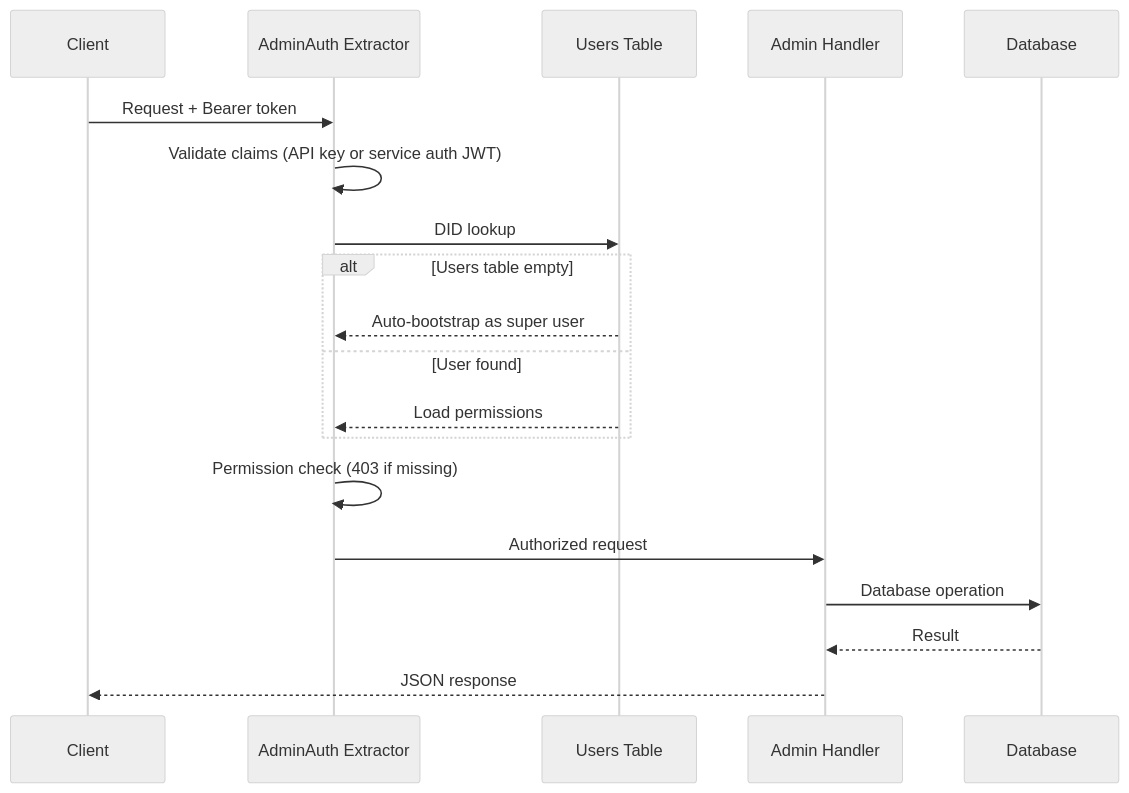
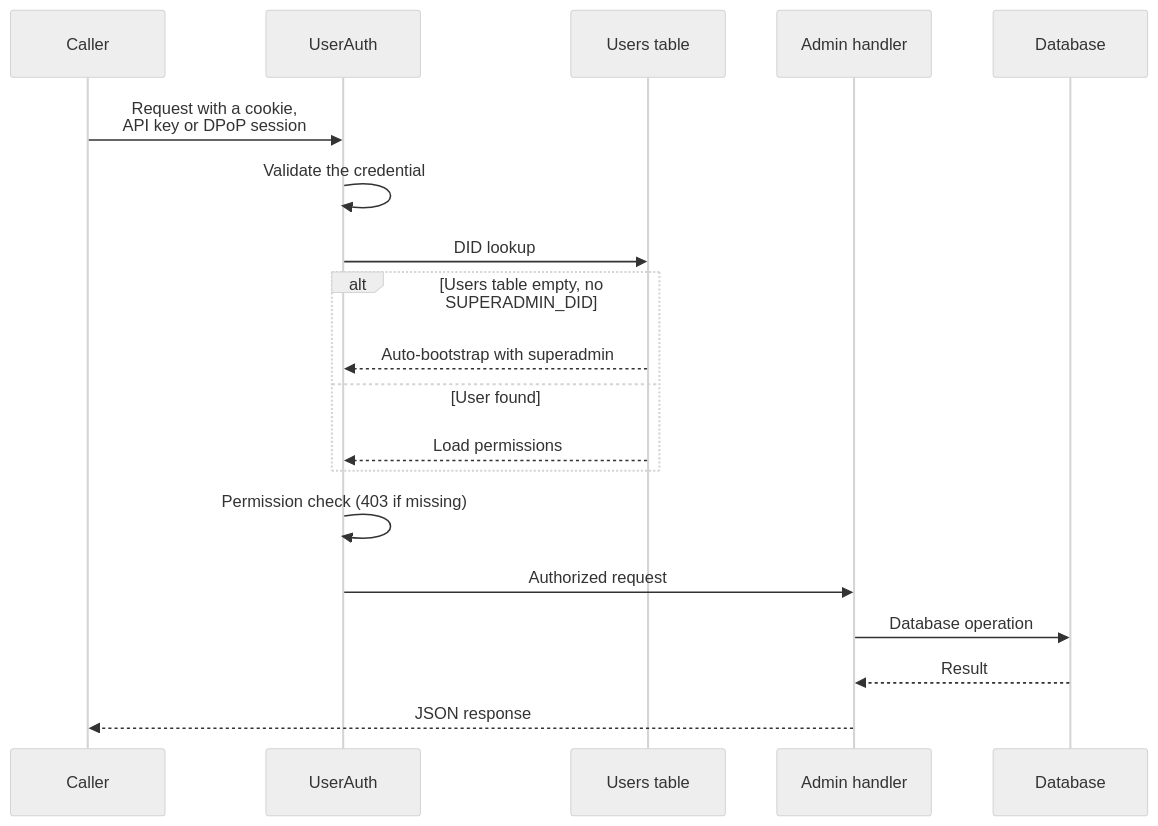
The fifth of 7 diagrams in src/content/docs/docs/architecture/index.md (happyproto/happyview-docs), drawn with Mermaid (neutral theme) before and after one commit. The commit also changed other lines of this file and 126 other files, not shown here.

````diff
--- a/src/content/docs/docs/architecture/index.md
+++ b/src/content/docs/docs/architecture/index.md
@@ -99,23 +124,23 @@
 ```mermaid
 sequenceDiagram
     accTitle: Admin endpoints
-    participant C as Client
-    participant A as AdminAuth Extractor
-    participant U as Users Table
-    participant H as Admin Handler
+    participant C as Caller
+    participant A as UserAuth
+    participant U as Users table
+    participant H as Admin handler
     participant D as Database
 
-    C->>A: Request + Bearer token
-    A->>A: Validate claims (API key or service auth JWT)
+    C->>A: Request with a cookie,<br/>API key or DPoP session
+    A->>A: Validate the credential
     A->>U: DID lookup
-    alt Users table empty
-        U-->>A: Auto-bootstrap as super user
+    alt Users table empty, no SUPERADMIN_DID
+        U-->>A: Auto-bootstrap with superadmin
     else User found
         U-->>A: Load permissions
     end
     A->>A: Permission check (403 if missing)
     A->>H: Authorized request
     H->>D: Database operation
     D-->>H: Result
     H-->>C: JSON response
 ```
````
